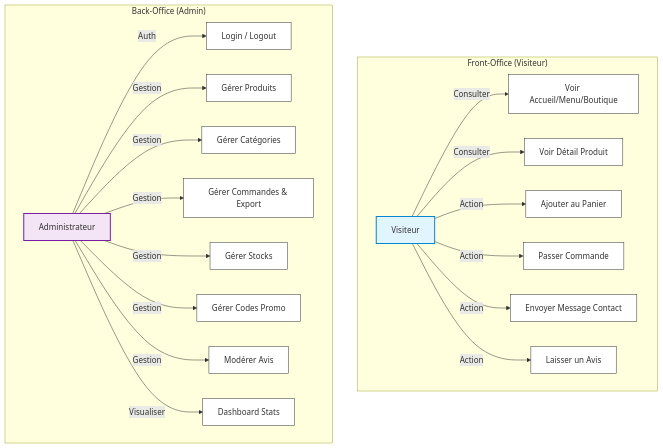
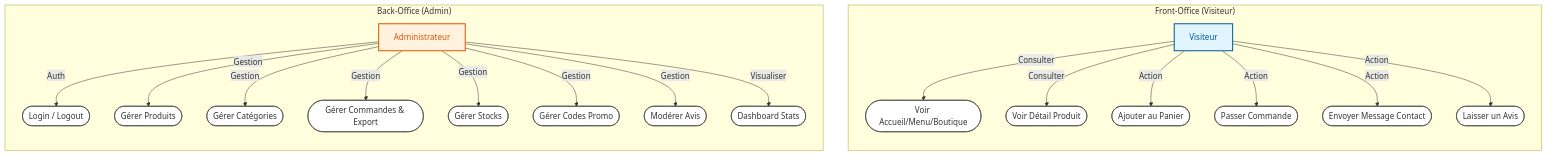
The first of 4 diagrams in technical_design.md (MPSBeats/ProjetTransverse), drawn with Mermaid before and after one commit. The commit also changed other lines of this file, not shown here.

Commit message:
fix: simplify mermaid syntax for better compatibility

````diff
--- a/technical_design.md
+++ b/technical_design.md
@@ -10,29 +10,31 @@
 ```mermaid
 graph TD
-    %% Styles
-    classDef visitor fill:#E1F5FE,stroke:#0288D1,stroke-width:2px;
-    classDef admin fill:#F3E5F5,stroke:#7B1FA2,stroke-width:2px;
-    classDef usecase fill:#FFF,stroke:#333,stroke-width:1px;
+    %% Custom styles
+    classDef actorStyle fill:#e1f5fe,stroke:#01579b,stroke-width:2px,color:#01579b;
+    classDef adminStyle fill:#fff3e0,stroke:#e65100,stroke-width:2px,color:#e65100;
+    classDef ucStyle fill:#ffffff,stroke:#333333,stroke-width:1px,rx:10,ry:10;
 
     subgraph "Front-Office (Visiteur)"
-        V[Visiteur]:::visitor
-        V -->|Consulter| UC1[Voir Accueil/Menu/Boutique]:::usecase
-        V -->|Consulter| UC2[Voir Détail Produit]:::usecase
-        V -->|Action| UC3[Ajouter au Panier]:::usecase
-        V -->|Action| UC4[Passer Commande]:::usecase
-        V -->|Action| UC5[Envoyer Message Contact]:::usecase
-        V -->|Action| UC6[Laisser un Avis]:::usecase
+        direction TB
+        V[Visiteur]:::actorStyle
+        V -->|Consulter| UC1([Voir Accueil/Menu/Boutique]):::ucStyle
+        V -->|Consulter| UC2([Voir Détail Produit]):::ucStyle
+        V -->|Action| UC3([Ajouter au Panier]):::ucStyle
+        V -->|Action| UC4([Passer Commande]):::ucStyle
+        V -->|Action| UC5([Envoyer Message Contact]):::ucStyle
+        V -->|Action| UC6([Laisser un Avis]):::ucStyle
     end
 
     subgraph "Back-Office (Admin)"
-        A[Administrateur]:::admin
-        A -->|Auth| UC7[Login / Logout]:::usecase
-        A -->|Gestion| UC8[Gérer Produits]:::usecase
-        A -->|Gestion| UC9[Gérer Catégories]:::usecase
-        A -->|Gestion| UC10[Gérer Commandes & Export]:::usecase
-        A -->|Gestion| UC11[Gérer Stocks]:::usecase
-        A -->|Gestion| UC12[Gérer Codes Promo]:::usecase
-        A -->|Gestion| UC13[Modérer Avis]:::usecase
-        A -->|Visualiser| UC14[Dashboard Stats]:::usecase
+        direction TB
+        A[Administrateur]:::adminStyle
+        A -->|Auth| UC7([Login / Logout]):::ucStyle
+        A -->|Gestion| UC8([Gérer Produits]):::ucStyle
+        A -->|Gestion| UC9([Gérer Catégories]):::ucStyle
+        A -->|Gestion| UC10([Gérer Commandes & Export]):::ucStyle
+        A -->|Gestion| UC11([Gérer Stocks]):::ucStyle
+        A -->|Gestion| UC12([Gérer Codes Promo]):::ucStyle
+        A -->|Gestion| UC13([Modérer Avis]):::ucStyle
+        A -->|Visualiser| UC14([Dashboard Stats]):::ucStyle
     end
 ```
````
